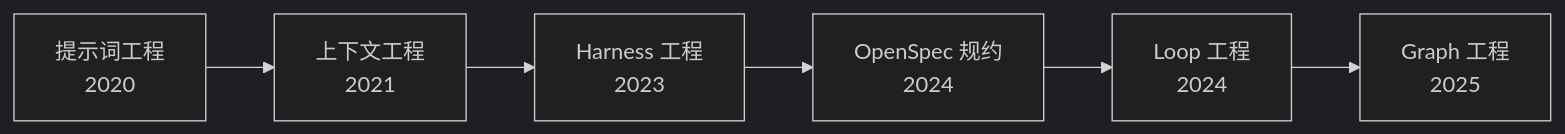
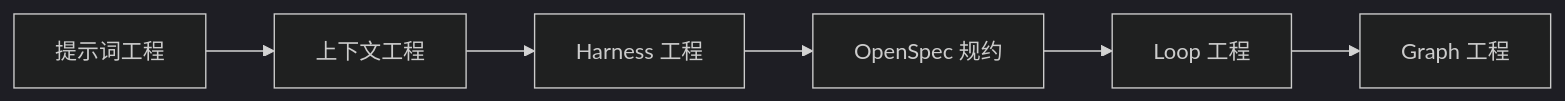
The first of 2 diagrams in source/_posts/2026-11-06-ai-app-paradigm-evolution.md (daoyuly/new-blog), drawn with Mermaid (dark theme) before and after one commit. The commit also changed other lines of this file, not shown here.

Commit message:
Fix: 移除范式时间线年份（harness 等概念定年有歧义），正文补充 dating 说明

````diff
--- a/source/_posts/2026-11-06-ai-app-paradigm-evolution.md
+++ b/source/_posts/2026-11-06-ai-app-paradigm-evolution.md
@@ -22,8 +22,8 @@
 ```mermaid
 flowchart LR
-    P["提示词工程<br/>2020"] --> C["上下文工程<br/>2021"]
-    C --> H["Harness 工程<br/>2023"]
-    H --> S["OpenSpec 规约<br/>2024"]
-    S --> L["Loop 工程<br/>2024"]
-    L --> G["Graph 工程<br/>2025"]
+    P["提示词工程"] --> C["上下文工程"]
+    C --> H["Harness 工程"]
+    H --> S["OpenSpec 规约"]
+    S --> L["Loop 工程"]
+    L --> G["Graph 工程"]
 ```
````
